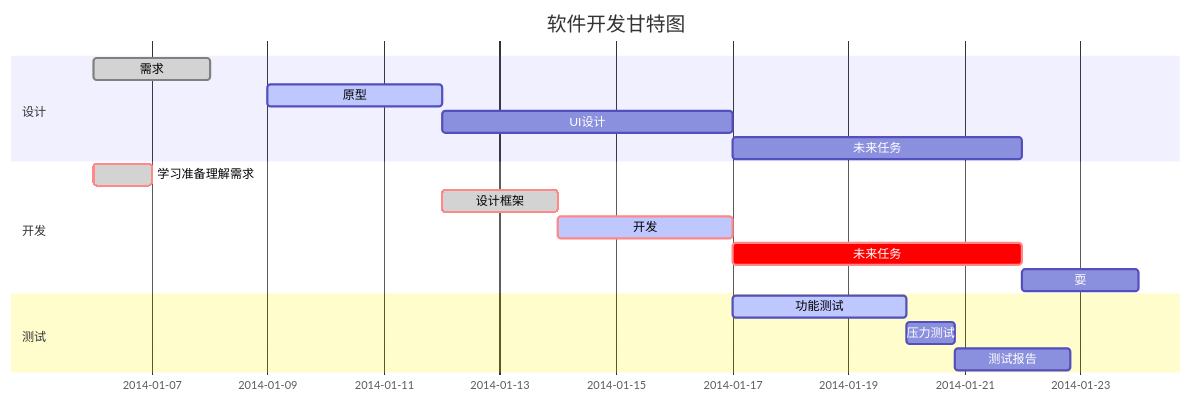
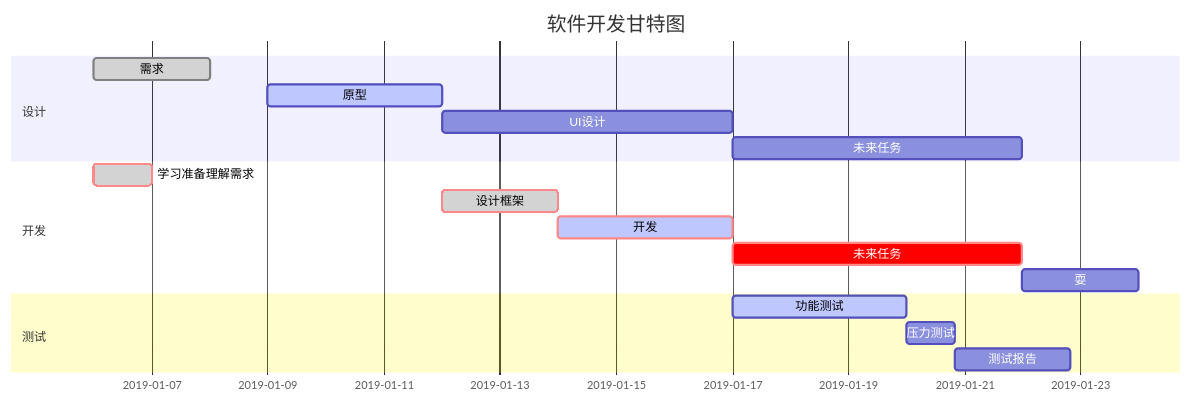
The seventh of 7 diagrams in 流程图示例.md (shandinan/sdnTutorial), drawn with Mermaid before and after one commit. The commit also changed 4 other files, not shown here.

````diff
--- a/流程图示例.md
+++ b/流程图示例.md
@@ -87,20 +87,20 @@
 ```mermaid
 gantt
         dateFormat  YYYY-MM-DD
         title 软件开发甘特图
         section 设计
-        需求                      :done,    des1, 2014-01-06,2014-01-08
-        原型                      :active,  des2, 2014-01-09, 3d
+        需求                      :done,    des1, 2019-01-06,2019-01-08
+        原型                      :active,  des2, 2019-01-09, 3d
         UI设计                     :         des3, after des2, 5d
     未来任务                     :         des4, after des3, 5d
         section 开发
-        学习准备理解需求                      :crit, done, 2014-01-06,24h
+        学习准备理解需求                      :crit, done, 2019-01-06,24h
         设计框架                             :crit, done, after des2, 2d
         开发                                 :crit, active, 3d
         未来任务                              :crit, 5d
         耍                                   :2d
         section 测试
         功能测试                              :active, a1, after des3, 3d
         压力测试                               :after a1  , 20h
         测试报告                               : 48h
 ```
````
